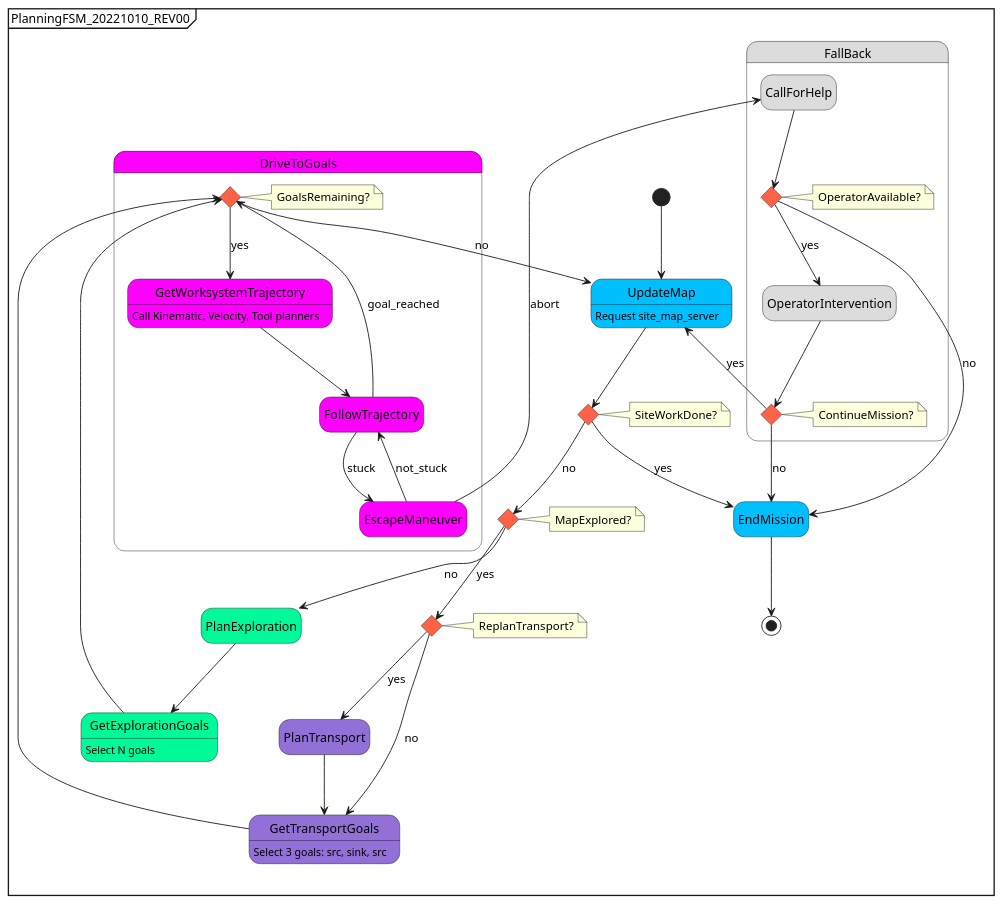
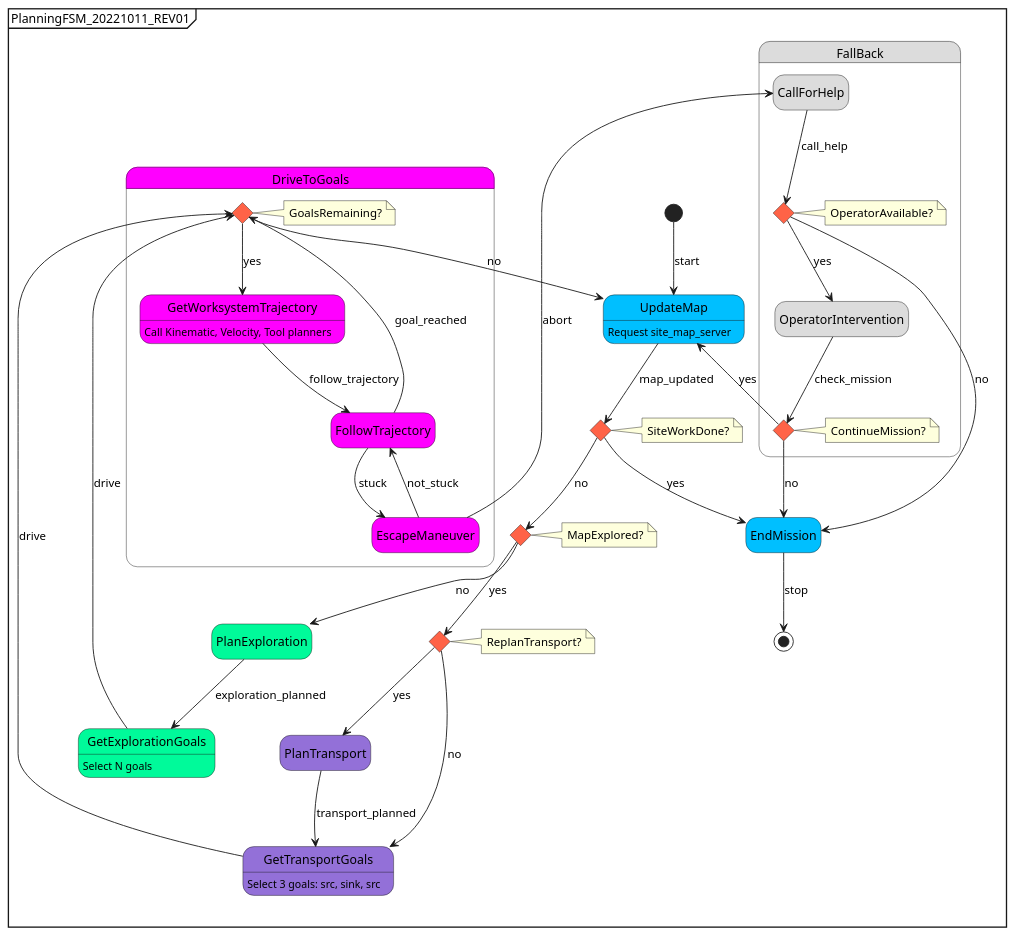
The second of 2 diagrams in cg_ws/src/planning/doc/fsm.puml (CraterGrader/CRATER_GRADER), drawn with PlantUML before and after one commit. The commit also changed 11 other files, not shown here.

```diff
--- a/cg_ws/src/planning/doc/fsm.puml
+++ b/cg_ws/src/planning/doc/fsm.puml
@@ -5,103 +5,103 @@
-@startuml PlanningFSM_20221010_REV00
-mainframe PlanningFSM_20221010_REV00
+@startuml PlanningFSM_20221011_REV01
+mainframe PlanningFSM_20221011_REV01
 ' Formatting
 ' ------------------------------------
 hide empty description
 
 ' State blocks
 skinparam state {
   BackgroundColor #DeepSkyBlue
 }
 
 ' choice blocks
 <style>
   diamond {
     BackgroundColor #Tomato
 }
 </style>
 
 
 ' States and Interactions
 ' ------------------------------------
 ' Global states
 state EndMission
 state PlanExploration #MediumSpringGreen
 state PlanTransport #MediumPurple
 state UpdateMap
   UpdateMap : Request site_map_server
 state GetExplorationGoals #MediumSpringGreen
   GetExplorationGoals : Select N goals
 state GetTransportGoals #MediumPurple
   GetTransportGoals : Select 3 goals: src, sink, src
 state MapExplored <<choice>>
   note right of MapExplored
     MapExplored?
   end note
 state SiteWorkDone <<choice>>
   note right of SiteWorkDone
     SiteWorkDone?
   end note
 state ReplanTransport <<choice>>
   note right of ReplanTransport
     ReplanTransport?
   end note
 
 ' Fallback states
 state FallBack #Gainsboro {
   state CallForHelp #Gainsboro 
   state OperatorIntervention #Gainsboro 
   state OperatorAvailable <<choice>>
     note right of OperatorAvailable
     OperatorAvailable?
     end note
   state ContinueMission <<choice>>
     note right of ContinueMission
       ContinueMission?
     end note
 
   ' Fallback state interactions
-  CallForHelp --> OperatorAvailable
+  CallForHelp --> OperatorAvailable : call_help
   OperatorAvailable --> OperatorIntervention : yes
-    OperatorIntervention --> ContinueMission
+    OperatorIntervention --> ContinueMission : check_mission
       ContinueMission --> UpdateMap : yes
       ContinueMission --> EndMission : no
   OperatorAvailable --> EndMission : no
 }
 
 ' Driving states
 state DriveToGoals #Magenta {
   state FollowTrajectory #Magenta
   state EscapeManeuver #Magenta
   state GetWorksystemTrajectory #Magenta
     GetWorksystemTrajectory : Call Kinematic, Velocity, Tool planners
   state GoalsRemaining <<choice>>
     note right of GoalsRemaining
       GoalsRemaining?
     end note
 
   ' Driving state interactions
   GoalsRemaining --> GetWorksystemTrajectory : yes
-    GetWorksystemTrajectory --> FollowTrajectory
+    GetWorksystemTrajectory --> FollowTrajectory : follow_trajectory
       FollowTrajectory --> GoalsRemaining : goal_reached
       FollowTrajectory --> EscapeManeuver : stuck
         EscapeManeuver --> FollowTrajectory : not_stuck
         EscapeManeuver -->  CallForHelp : abort
   GoalsRemaining --> UpdateMap : no
 } 
 
 ' Global state interactions
-[*] --> UpdateMap
-  UpdateMap --> SiteWorkDone
+[*] --> UpdateMap : start
+  UpdateMap --> SiteWorkDone : map_updated
   SiteWorkDone --> EndMission : yes
   SiteWorkDone --> MapExplored : no
     MapExplored --> ReplanTransport : yes
       ReplanTransport --> PlanTransport : yes
-        PlanTransport --> GetTransportGoals
+        PlanTransport --> GetTransportGoals : transport_planned
       ReplanTransport --> GetTransportGoals : no
-        GetTransportGoals --> GoalsRemaining
+        GetTransportGoals --> GoalsRemaining : drive
     MapExplored --> PlanExploration : no
-      PlanExploration --> GetExplorationGoals
-      GetExplorationGoals --> GoalsRemaining
-EndMission --> [*]
+      PlanExploration --> GetExplorationGoals : exploration_planned
+      GetExplorationGoals --> GoalsRemaining : drive
+EndMission --> [*] : stop
 
 @enduml
```
